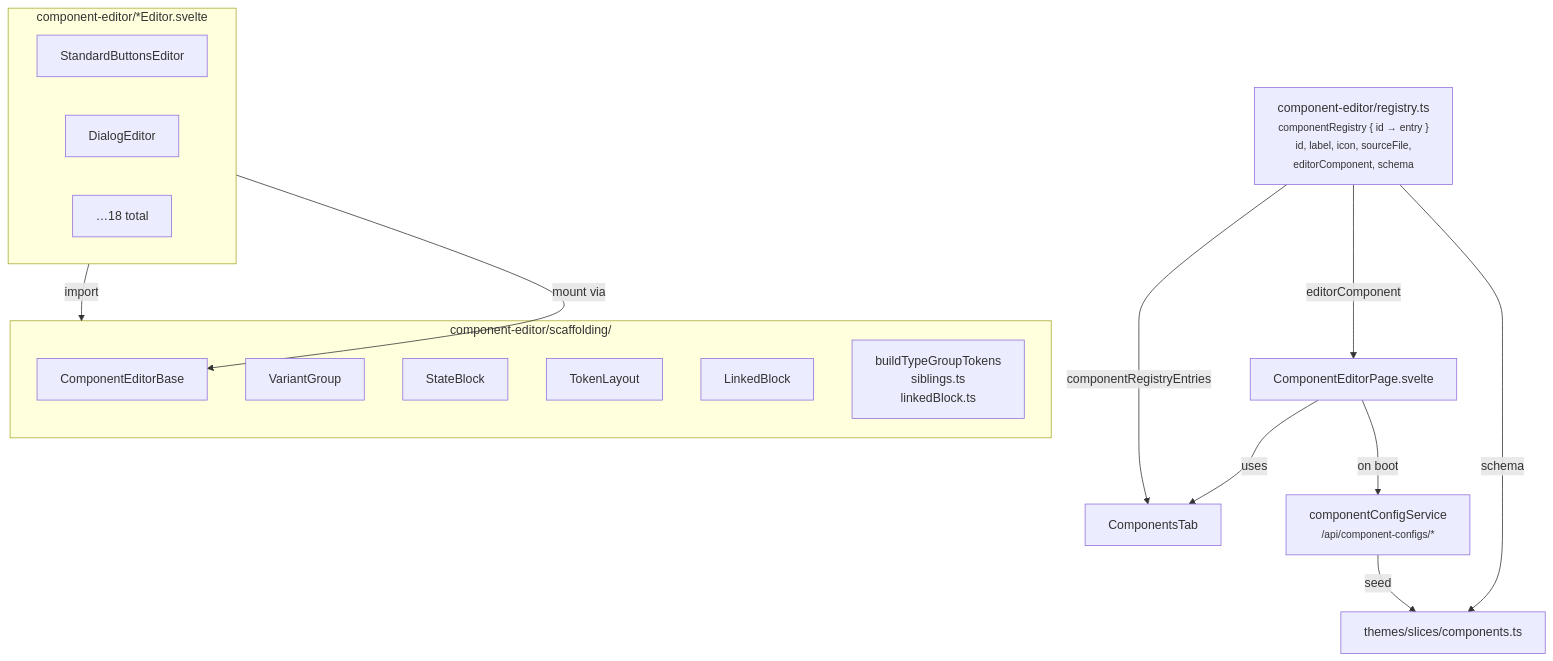
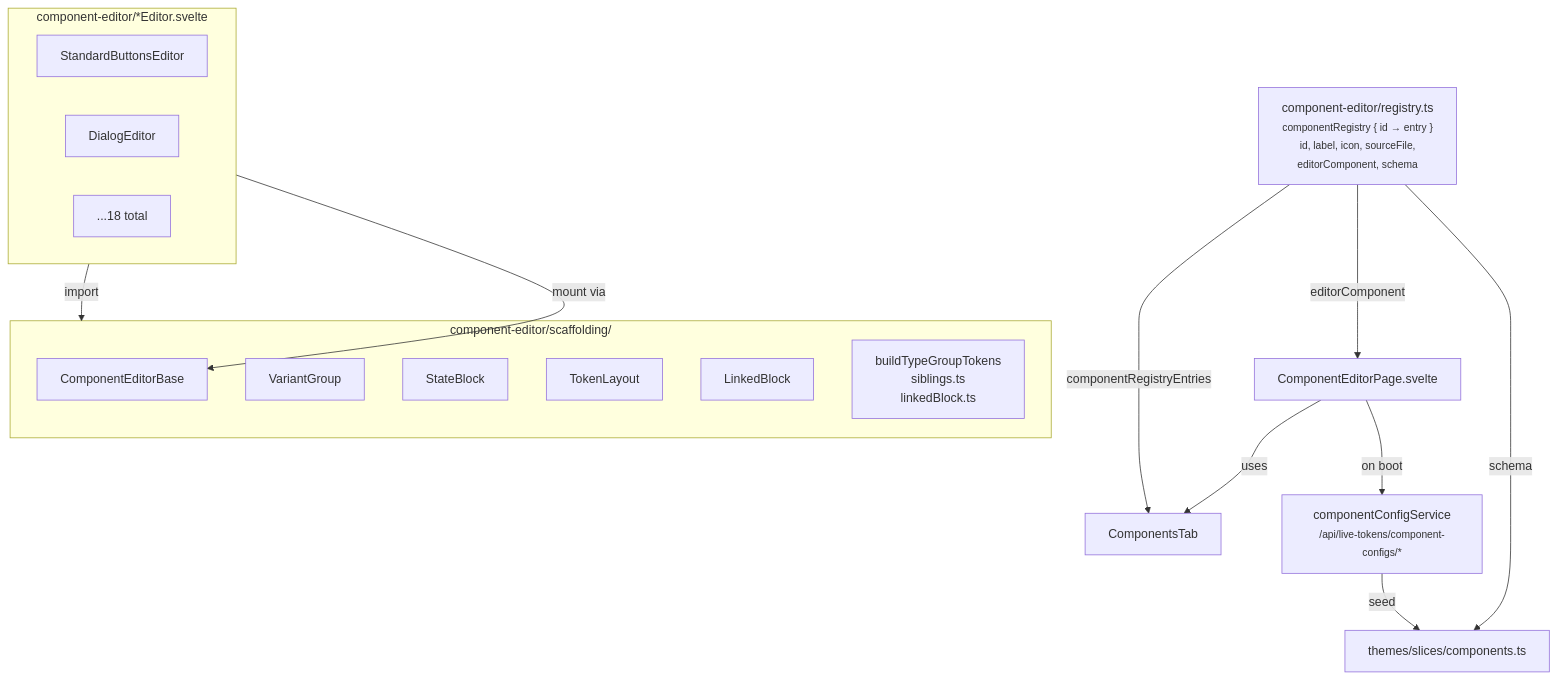
The fifth of 6 diagrams in docs/02-architecture.md (motionproto/live-tokens), drawn with Mermaid before and after one commit. The commit also changed other lines of this file and 30 other files, not shown here.

````diff
--- a/docs/02-architecture.md
+++ b/docs/02-architecture.md
@@ -212,33 +215,33 @@
 ```mermaid
 flowchart TB
     Registry["component-editor/registry.ts<br/><small>componentRegistry { id → entry }<br/>id, label, icon, sourceFile,<br/>editorComponent, schema</small>"]
 
     subgraph Editors["component-editor/*Editor.svelte"]
         ButtonEd[StandardButtonsEditor]
         DialogEd[DialogEditor]
-        Etc[…18 total]
+        Etc[...18 total]
     end
 
     subgraph Scaffolding["component-editor/scaffolding/"]
         Base[ComponentEditorBase]
         VG[VariantGroup]
         SB[StateBlock]
         TL[TokenLayout]
         Linked[LinkedBlock]
         Helpers["buildTypeGroupTokens<br/>siblings.ts<br/>linkedBlock.ts"]
     end
 
     Page[ComponentEditorPage.svelte]
     Tab[ComponentsTab]
-    Service["componentConfigService<br/><small>/api/component-configs/*</small>"]
+    Service["componentConfigService<br/><small>/api/live-tokens/component-configs/*</small>"]
     Slice[themes/slices/components.ts]
 
     Registry -- componentRegistryEntries --> Tab
     Registry -- editorComponent --> Page
     Registry -- schema --> Slice
     Editors -- import --> Scaffolding
     Editors -- mount via --> Base
     Page -- uses --> Tab
     Page -- on boot --> Service
     Service -- seed --> Slice
 ```
````
